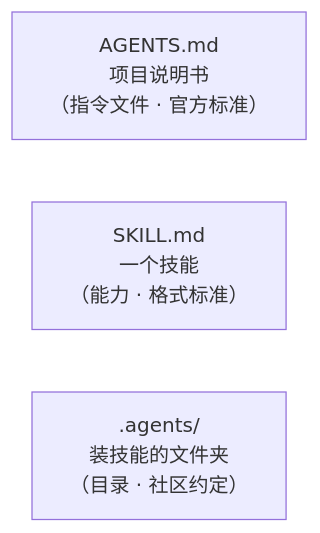
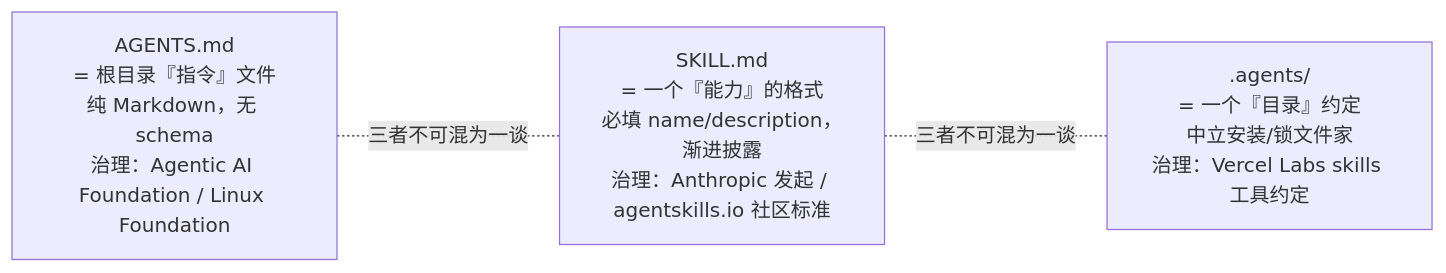
Before and after one commit to LLLLLayer/orbita: the ninth of 9 diagrams in docs/agent-extension-landscape.zh-CN.md, drawn with Mermaid. The commit also changed other lines of this file and 5 other files, not shown here.

````diff
--- a/docs/agent-extension-landscape.zh-CN.md
+++ b/docs/agent-extension-landscape.zh-CN.md
@@ -244,6 +467,8 @@
 ```mermaid
 flowchart LR
-    M["AGENTS.md<br/>项目说明书<br/>（指令文件 · 官方标准）"]
-    S["SKILL.md<br/>一个技能<br/>（能力 · 格式标准）"]
-    D[".agents/<br/>装技能的文件夹<br/>（目录 · 社区约定）"]
+    AGENTS["AGENTS.md<br/>= 根目录『指令』文件<br/>纯 Markdown，无 schema<br/>治理：Agentic AI Foundation / Linux Foundation"]
+    SKILL["SKILL.md<br/>= 一个『能力』的格式<br/>必填 name/description，渐进披露<br/>治理：Anthropic 发起 / agentskills.io 社区标准"]
+    DOTAG[".agents/<br/>= 一个『目录』约定<br/>中立安装/锁文件家<br/>治理：Vercel Labs skills 工具约定"]
+    AGENTS -.三者不可混为一谈.- SKILL
+    SKILL -.三者不可混为一谈.- DOTAG
 ```
````
